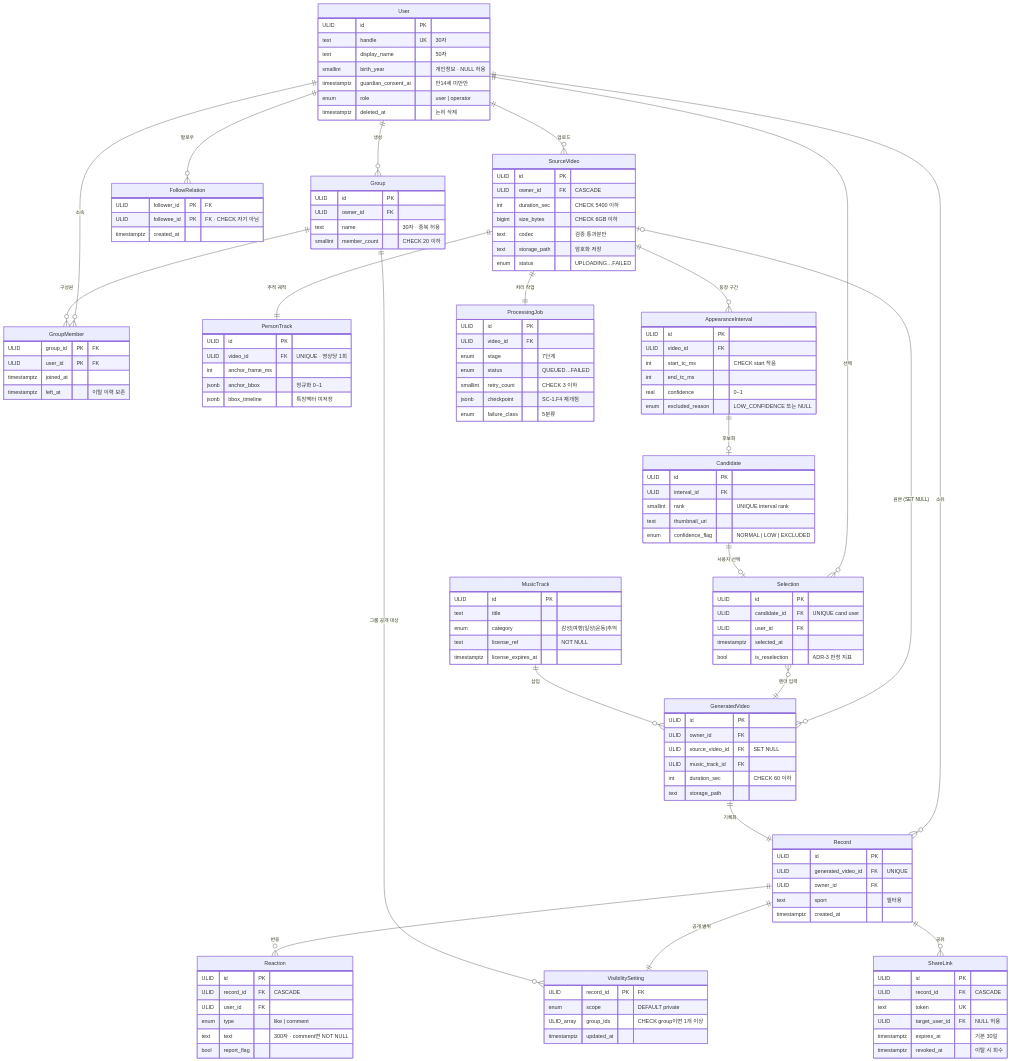
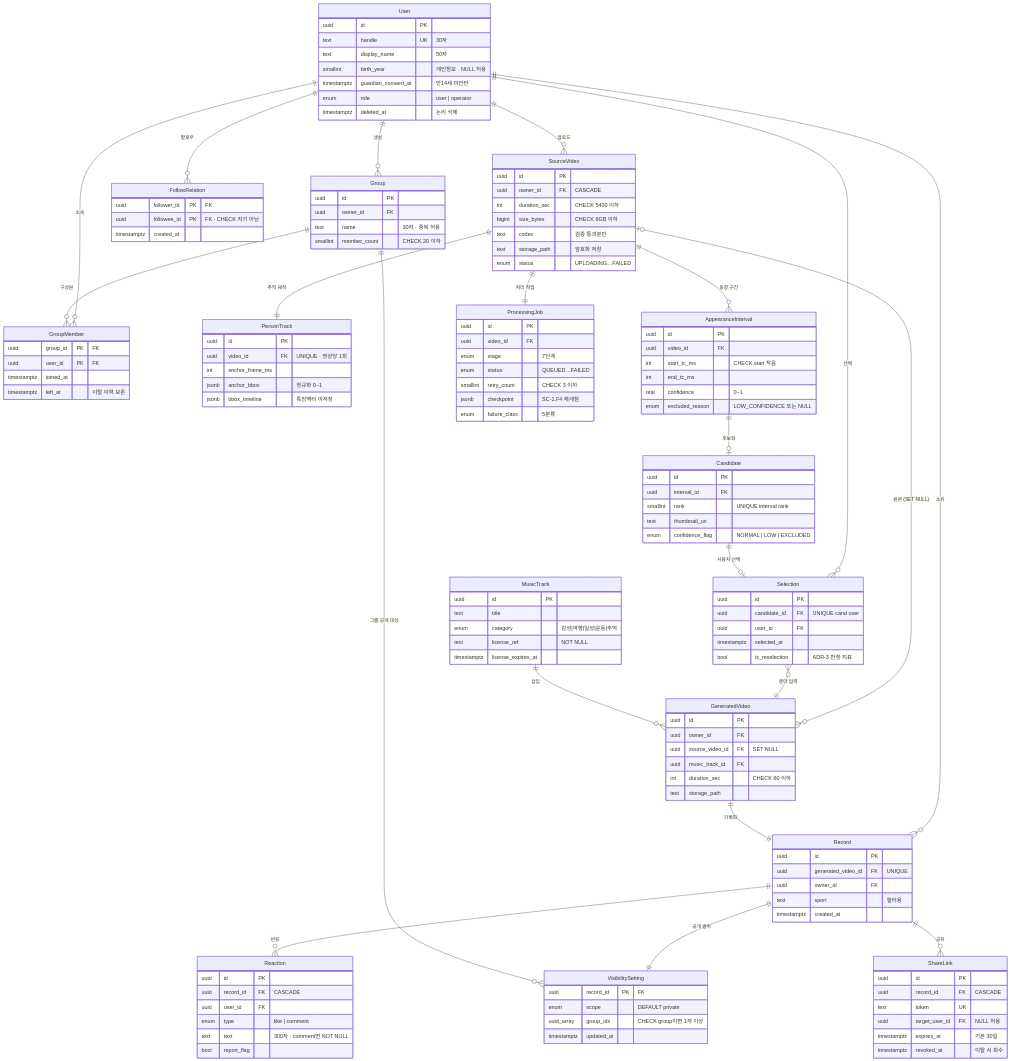
One commit to STERNYUL/HILiT changed the ninth of 18 diagrams in SRS/[SRS]hilit-SRSv1.8.md. Above: the diagram before and after it, drawn with Mermaid. The commit also changed 52 other files, not shown here.

```diff
--- a/SRS/[SRS]hilit-SRSv1.8.md
+++ b/SRS/[SRS]hilit-SRSv1.8.md
@@ -1081,7 +1081,7 @@
     Group ||--o{ VisibilitySetting : "그룹 공개 대상"
 
     User {
-        ULID id PK
+        uuid id PK
         text handle UK "30자"
         text display_name "50자"
         smallint birth_year "개인정보 · NULL 허용"
@@ -1090,8 +1090,8 @@
         timestamptz deleted_at "논리 삭제"
     }
     SourceVideo {
-        ULID id PK
-        ULID owner_id FK "CASCADE"
+        uuid id PK
+        uuid owner_id FK "CASCADE"
         int duration_sec "CHECK 5400 이하"
         bigint size_bytes "CHECK 6GB 이하"
         text codec "검증 통과분만"
@@ -1099,98 +1099,98 @@
         enum status "UPLOADING…FAILED"
     }
     PersonTrack {
-        ULID id PK
-        ULID video_id FK "UNIQUE · 영상당 1회"
+        uuid id PK
+        uuid video_id FK "UNIQUE · 영상당 1회"
         int anchor_frame_ms
         jsonb anchor_bbox "정규화 0~1"
         jsonb bbox_timeline "특징벡터 미저장"
     }
     AppearanceInterval {
-        ULID id PK
-        ULID video_id FK
+        uuid id PK
+        uuid video_id FK
         int start_tc_ms "CHECK start 작음"
         int end_tc_ms
         real confidence "0~1"
         enum excluded_reason "LOW_CONFIDENCE 또는 NULL"
     }
     Candidate {
-        ULID id PK
-        ULID interval_id FK
+        uuid id PK
+        uuid interval_id FK
         smallint rank "UNIQUE interval rank"
         text thumbnail_uri
         enum confidence_flag "NORMAL | LOW | EXCLUDED"
     }
     Selection {
-        ULID id PK
-        ULID candidate_id FK "UNIQUE cand user"
-        ULID user_id FK
+        uuid id PK
+        uuid candidate_id FK "UNIQUE cand user"
+        uuid user_id FK
         timestamptz selected_at
         bool is_reselection "ADR-3 판정 지표"
     }
     GeneratedVideo {
-        ULID id PK
-        ULID owner_id FK
-        ULID source_video_id FK "SET NULL"
-        ULID music_track_id FK
+        uuid id PK
+        uuid owner_id FK
+        uuid source_video_id FK "SET NULL"
+        uuid music_track_id FK
         int duration_sec "CHECK 60 이하"
         text storage_path
     }
     Record {
-        ULID id PK
-        ULID generated_video_id FK "UNIQUE"
-        ULID owner_id FK
+        uuid id PK
+        uuid generated_video_id FK "UNIQUE"
+        uuid owner_id FK
         text sport "필터용"
         timestamptz created_at
     }
     VisibilitySetting {
-        ULID record_id PK "FK"
+        uuid record_id PK "FK"
         enum scope "DEFAULT private"
-        ULID_array group_ids "CHECK group이면 1개 이상"
+        uuid_array group_ids "CHECK group이면 1개 이상"
         timestamptz updated_at
     }
     Group {
-        ULID id PK
-        ULID owner_id FK
+        uuid id PK
+        uuid owner_id FK
         text name "30자 · 중복 허용"
         smallint member_count "CHECK 20 이하"
     }
     GroupMember {
-        ULID group_id PK "FK"
-        ULID user_id PK "FK"
+        uuid group_id PK "FK"
+        uuid user_id PK "FK"
         timestamptz joined_at
         timestamptz left_at "이탈 이력 보존"
     }
     FollowRelation {
-        ULID follower_id PK "FK"
-        ULID followee_id PK "FK · CHECK 자기 아님"
+        uuid follower_id PK "FK"
+        uuid followee_id PK "FK · CHECK 자기 아님"
         timestamptz created_at
     }
     MusicTrack {
-        ULID id PK
+        uuid id PK
         text title
         enum category "감성|여행|일상|운동|추억"
         text license_ref "NOT NULL"
         timestamptz license_expires_at
     }
     Reaction {
-        ULID id PK
-        ULID record_id FK "CASCADE"
-        ULID user_id FK
+        uuid id PK
+        uuid record_id FK "CASCADE"
+        uuid user_id FK
         enum type "like | comment"
         text text "300자 · comment면 NOT NULL"
         bool report_flag
     }
     ShareLink {
-        ULID id PK
-        ULID record_id FK "CASCADE"
+        uuid id PK
+        uuid record_id FK "CASCADE"
         text token UK
-        ULID target_user_id FK "NULL 허용"
+        uuid target_user_id FK "NULL 허용"
         timestamptz expires_at "기본 30일"
         timestamptz revoked_at "이탈 시 회수"
     }
     ProcessingJob {
-        ULID id PK
-        ULID video_id FK
+        uuid id PK
+        uuid video_id FK
         enum stage "7단계"
         enum status "QUEUED…FAILED"
         smallint retry_count "CHECK 3 이하"
```
